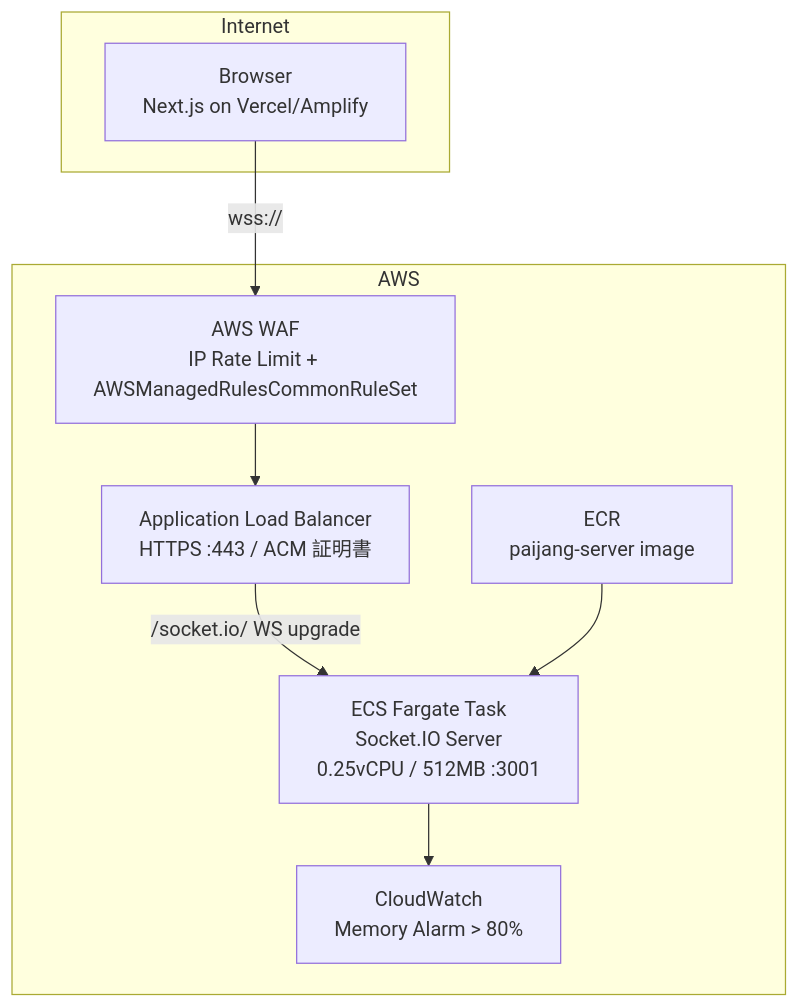
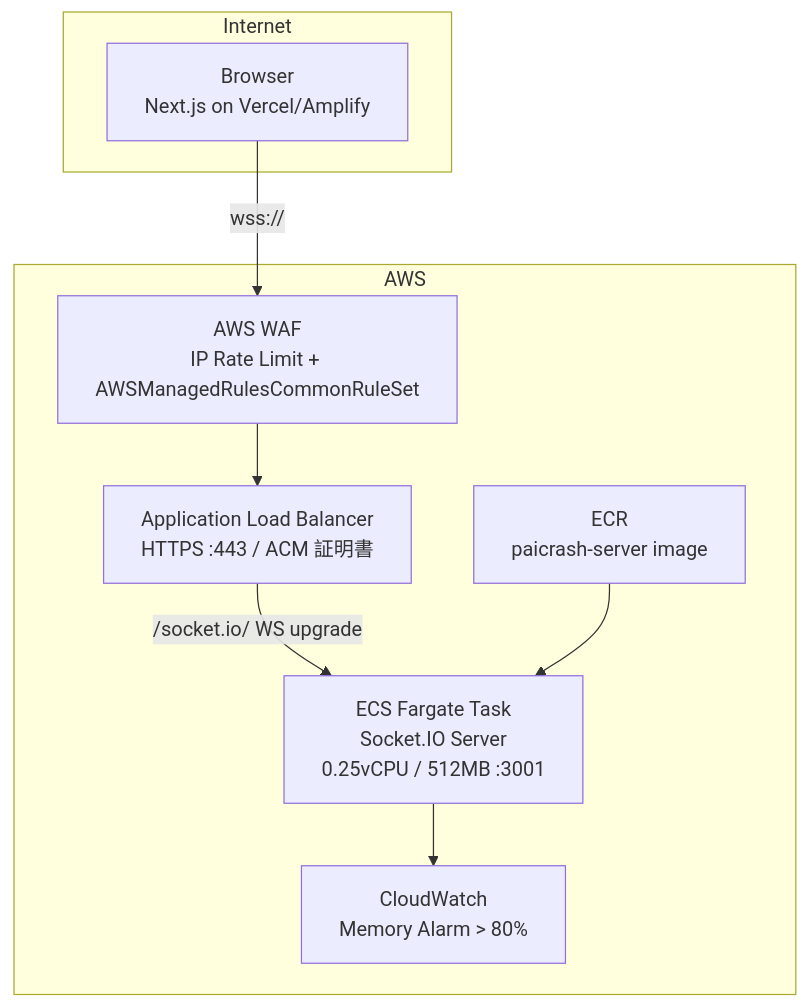
Before and after one commit to df-yamashitamasashi/paicrash: the second of 2 diagrams in docs/system_architecture.md, drawn with Mermaid. The commit also changed 34 other files, not shown here.

````diff
--- a/docs/system_architecture.md
+++ b/docs/system_architecture.md
@@ -27,19 +27,19 @@
 ```mermaid
 graph TB
     subgraph Internet
         Browser[Browser<br/>Next.js on Vercel/Amplify]
     end
 
     subgraph AWS
         WAF[AWS WAF<br/>IP Rate Limit + AWSManagedRulesCommonRuleSet]
         ALB[Application Load Balancer<br/>HTTPS :443 / ACM 証明書]
         Task[ECS Fargate Task<br/>Socket.IO Server<br/>0.25vCPU / 512MB :3001]
-        ECR[ECR<br/>paijang-server image]
+        ECR[ECR<br/>paicrash-server image]
         CW[CloudWatch<br/>Memory Alarm > 80%]
     end
 
     Browser -->|wss://| WAF --> ALB
     ALB -->|/socket.io/ WS upgrade| Task
     ECR --> Task
     Task --> CW
 ```
````
